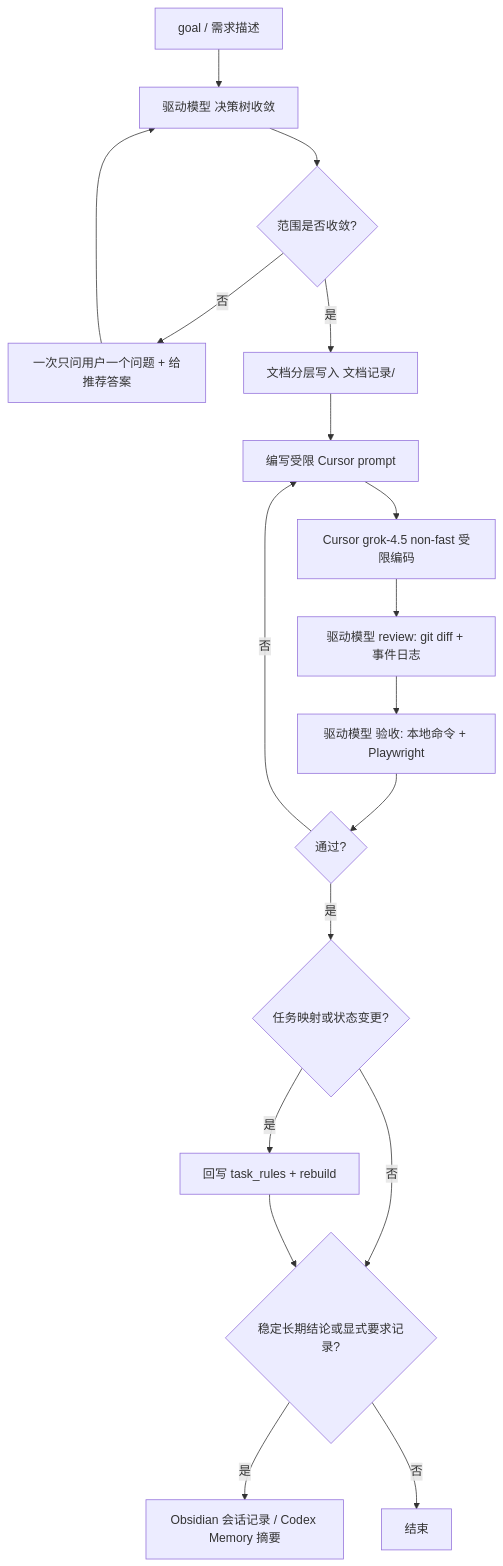
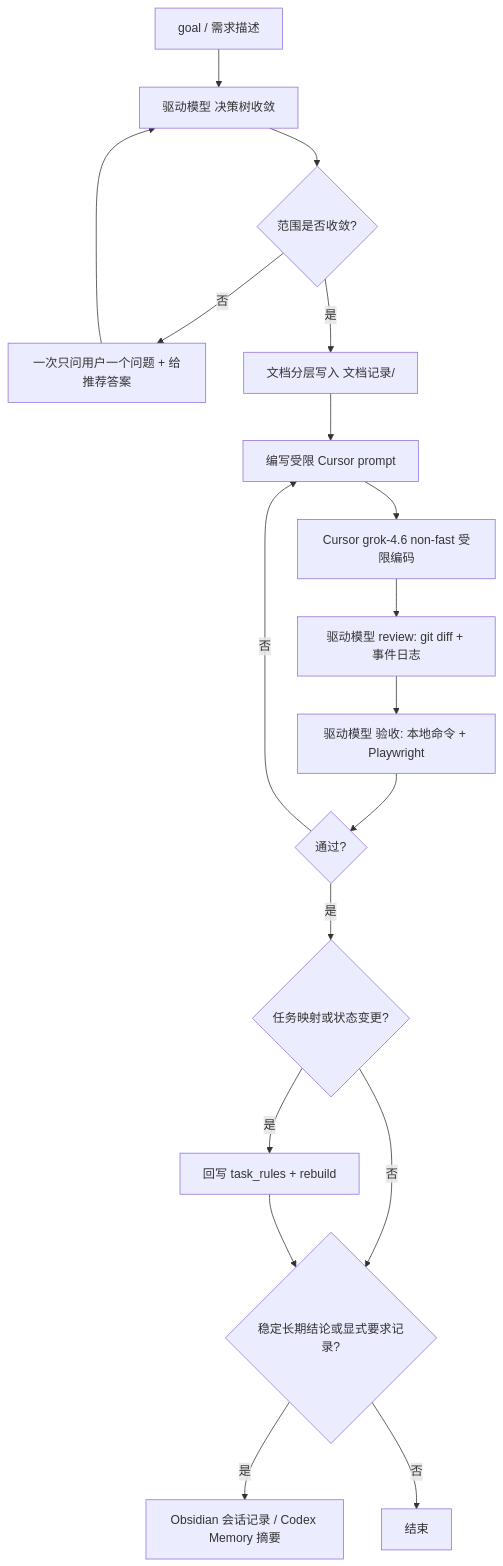
One commit to JeanbartBiubiu/damage_viewer_project_planning changed the diagram in 项目设计说明书/06-开发模式与协同流程.md. Above: the diagram before and after it, drawn with Mermaid. The commit also changed other lines of this file and 9 other files, not shown here.

````diff
--- a/项目设计说明书/06-开发模式与协同流程.md
+++ b/项目设计说明书/06-开发模式与协同流程.md
@@ -47,20 +47,20 @@
 ```mermaid
 flowchart TD
     A[goal / 需求描述] --> B[驱动模型 决策树收敛]
     B --> C{范围是否收敛?}
     C -->|否| D[一次只问用户一个问题 + 给推荐答案]
     D --> B
     C -->|是| E[文档分层写入 文档记录/]
     E --> F[编写受限 Cursor prompt]
-    F --> G[Cursor grok-4.5 non-fast 受限编码]
+    F --> G[Cursor grok-4.6 non-fast 受限编码]
     G --> H[驱动模型 review: git diff + 事件日志]
     H --> I[驱动模型 验收: 本地命令 + Playwright]
     I --> J{通过?}
     J -->|否| F
     J -->|是| M{任务映射或状态变更?}
     M -->|是| K[回写 task_rules + rebuild]
     M -->|否| N{稳定长期结论或显式要求记录?}
     K --> N
     N -->|是| L[Obsidian 会话记录 / Codex Memory 摘要]
     N -->|否| O[结束]
 ```
````
